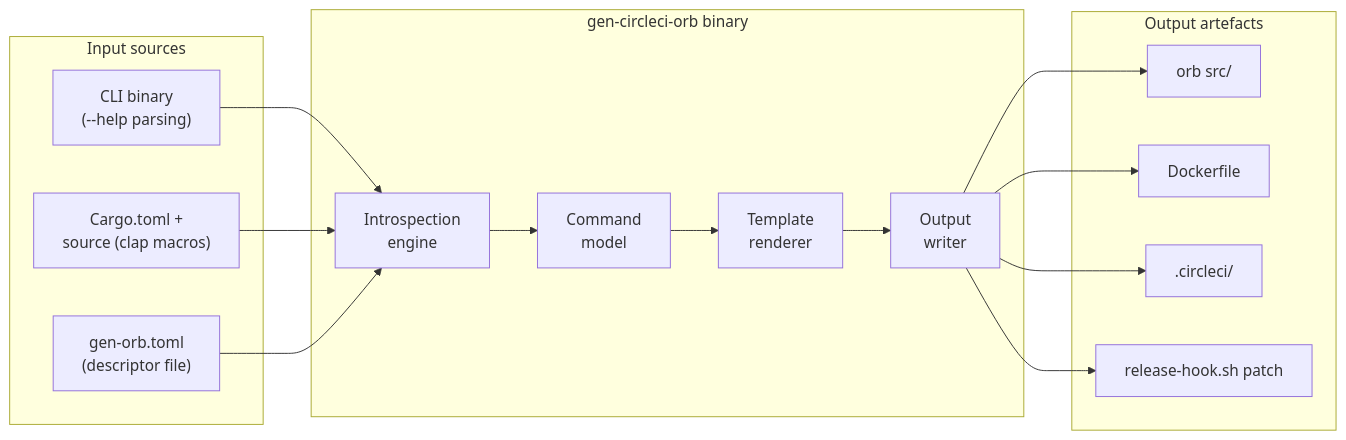
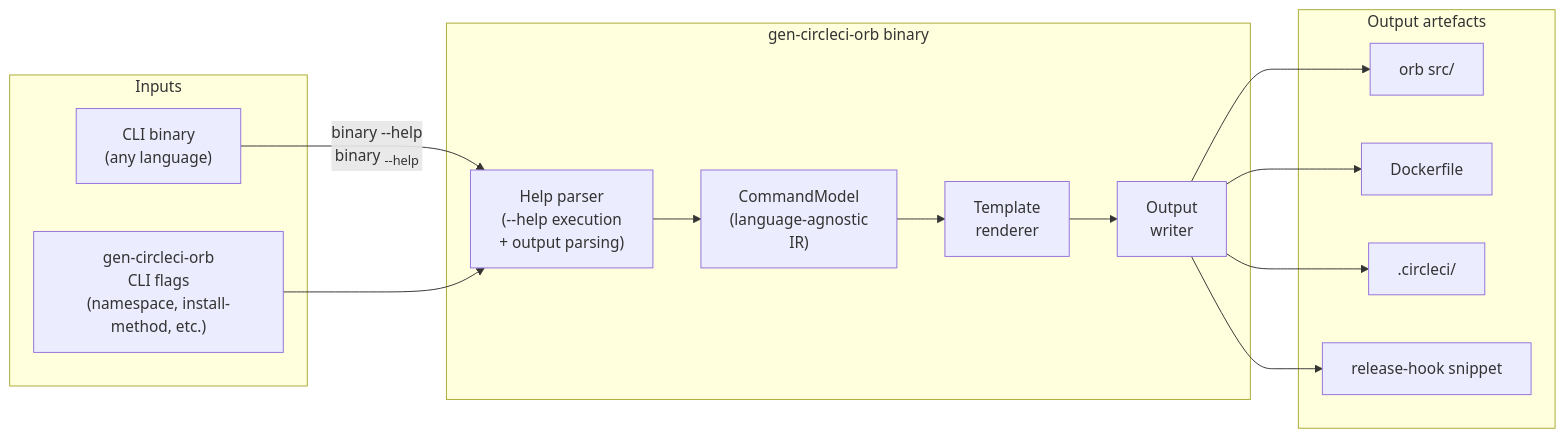
The second of 2 diagrams in docs/design.md (jerus-org/gen-circleci-orb), drawn with Mermaid before and after one commit. The commit also changed other lines of this file, not shown here.

First line of the commit message:
docs: update design doc with gen-orb-mcp example and clarifications

````diff
--- a/docs/design.md
+++ b/docs/design.md
@@ -162,28 +246,28 @@
 ```mermaid
 flowchart LR
     subgraph "gen-circleci-orb binary"
-        INTROSPECT["Introspection\nengine"]
-        MODEL["Command\nmodel"]
+        INTROSPECT["Help parser\n(--help execution\n+ output parsing)"]
+        MODEL["CommandModel\n(language-agnostic\nIR)"]
         RENDER["Template\nrenderer"]
         OUTPUT["Output\nwriter"]
     end
 
-    subgraph "Input sources"
-        BIN["CLI binary\n(--help parsing)"]
-        SRC["Cargo.toml +\nsource (clap macros)"]
-        CFG["gen-orb.toml\n(descriptor file)"]
+    subgraph "Inputs"
+        BIN["CLI binary\n(any language)"]
+        FLAGS["gen-circleci-orb\nCLI flags\n(namespace, install-method, etc.)"]
     end
 
     subgraph "Output artefacts"
         OA["orb src/"]
         OB["Dockerfile"]
         OC[".circleci/"]
-        OD["release-hook.sh patch"]
+        OD["release-hook snippet"]
     end
 
-    BIN & SRC & CFG --> INTROSPECT
+    BIN -->|"binary --help\nbinary <sub> --help"| INTROSPECT
+    FLAGS --> INTROSPECT
     INTROSPECT --> MODEL
     MODEL --> RENDER
     RENDER --> OUTPUT
     OUTPUT --> OA & OB & OC & OD
 ```
````
